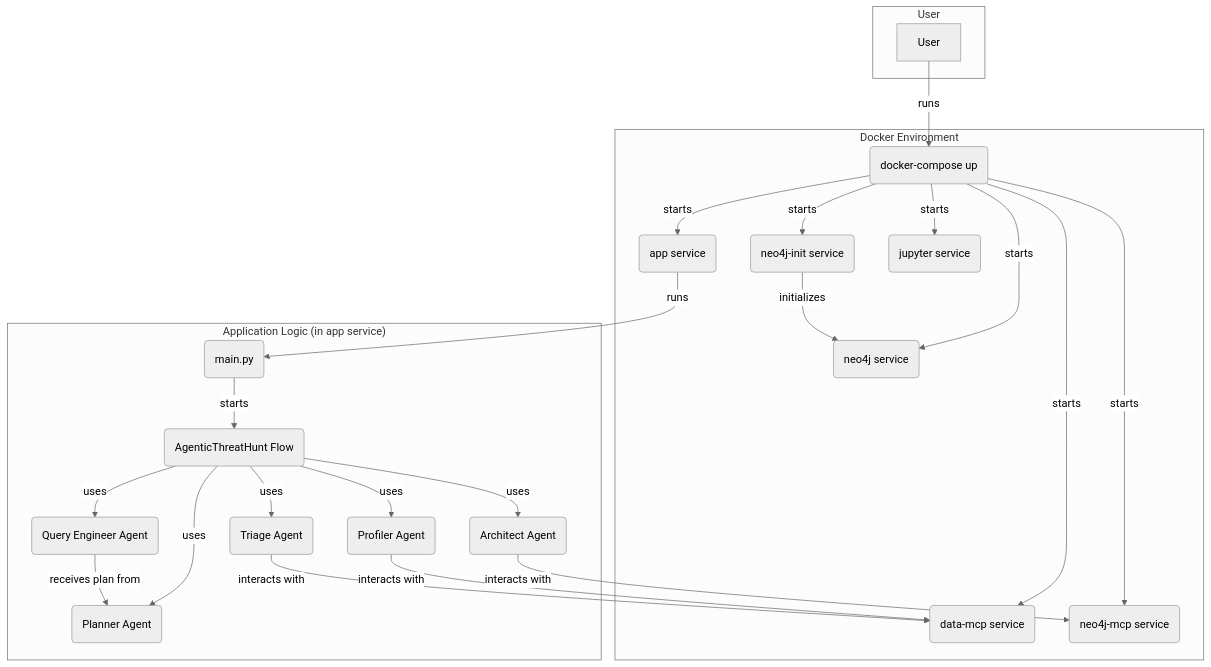
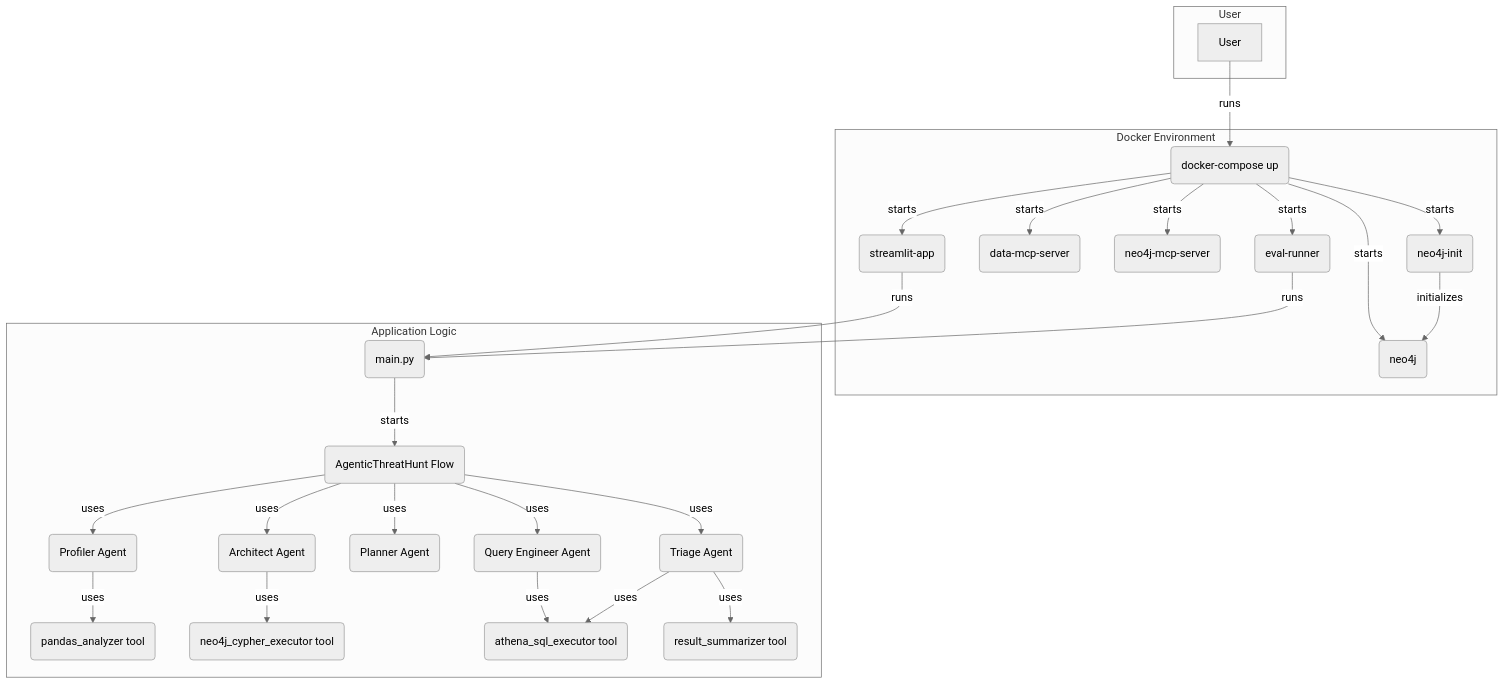
The diagram in README.md (vishnupriyavr/ai-threat-hunting-query-generation), drawn with Mermaid (neutral theme) before and after one commit. The commit also changed other lines of this file, not shown here.

Commit message:
Latest architecture diagram - mermaid version

````diff
--- a/README.md
+++ b/README.md
@@ -62,50 +62,50 @@
 ```mermaid
 graph TD
     subgraph User
         A[User]
     end
 
     subgraph "Docker Environment"
         B(docker-compose up)
-        C(app service)
-        D(data-mcp service)
-        E(neo4j-mcp service)
-        F(neo4j service)
-        G(neo4j-init service)
-        H(jupyter service)
+        C(streamlit-app)
+        D(data-mcp-server)
+        E(neo4j-mcp-server)
+        F(neo4j)
+        G(neo4j-init)
+        P(eval-runner)
     end
 
-    subgraph "Application Logic (in app service)"
+    subgraph "Application Logic"
         I(main.py)
         J(AgenticThreatHunt Flow)
         K(Profiler Agent)
         L(Architect Agent)
         M(Planner Agent)
         N(Query Engineer Agent)
         O(Triage Agent)
+        S(pandas_analyzer tool)
+        T(neo4j_cypher_executor tool)
+        U(athena_sql_executor tool)
+        V(result_summarizer tool)
     end
 
     A -- runs --> B
-    B -- starts --> C
-    B -- starts --> D
-    B -- starts --> E
-    B -- starts --> F
-    B -- starts --> G
-    B -- starts --> H
+    B -- starts --> C & D & E & F & G & P
 
     G -- initializes --> F
     C -- runs --> I
+    P -- runs --> I
+
     I -- starts --> J
 
     J -- uses --> K
     J -- uses --> L
     J -- uses --> M
     J -- uses --> N
     J -- uses --> O
 
-    K -- interacts with --> D
-    L -- interacts with --> E
-    N -- receives plan from --> M
-    O -- interacts with --> D
-
+    K -- uses --> S
+    L -- uses --> T
+    N -- uses --> U
+    O -- uses --> U & V
 ```
````
